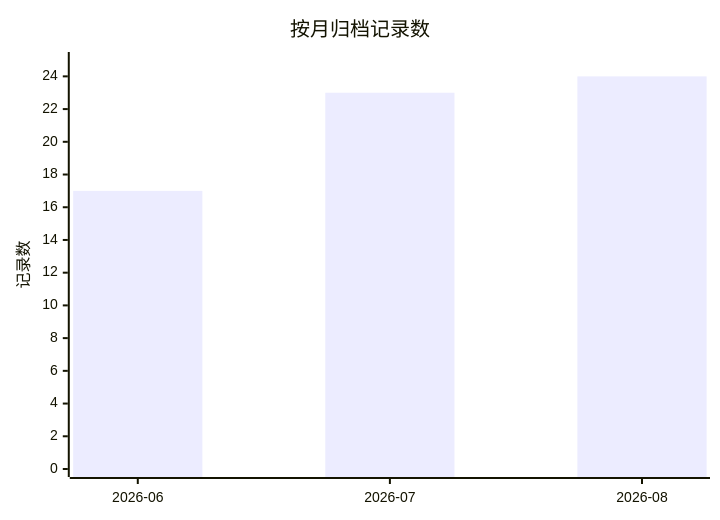
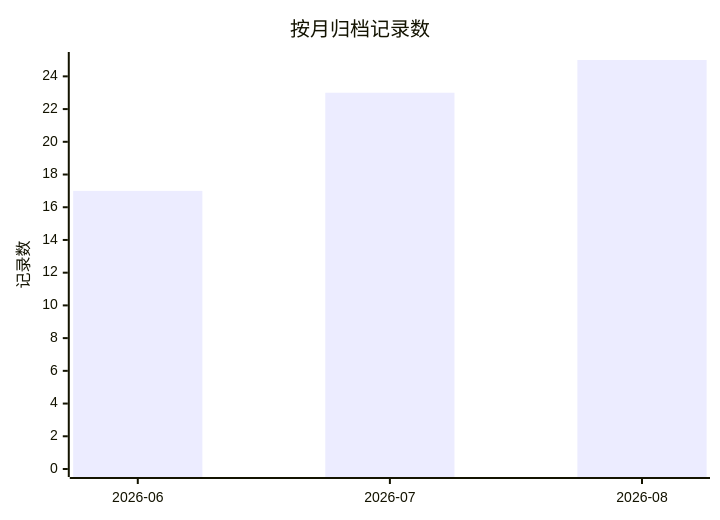
One commit to golddream-y/obsidian-ratel changed the first of 2 diagrams in docs/superpowers/ARCHIVE.md. Above: the diagram before and after it, drawn with Mermaid. The commit also changed other lines of this file and 4 other files, not shown here.

Commit message:
docs: S-GOAL 立项取代 S-TASK — goal 模式(意图+完成标准+预算)立项,S-TASK 未实施即被动态工作流设计取代

````diff
--- a/docs/superpowers/ARCHIVE.md
+++ b/docs/superpowers/ARCHIVE.md
@@ -14,7 +14,7 @@
 ```mermaid
 xychart-beta
     title "按月归档记录数"
     x-axis ["2026-06", "2026-07", "2026-08"]
     y-axis "记录数" 0 --> 25
-    bar [17, 23, 24]
+    bar [17, 23, 25]
 ```
````
